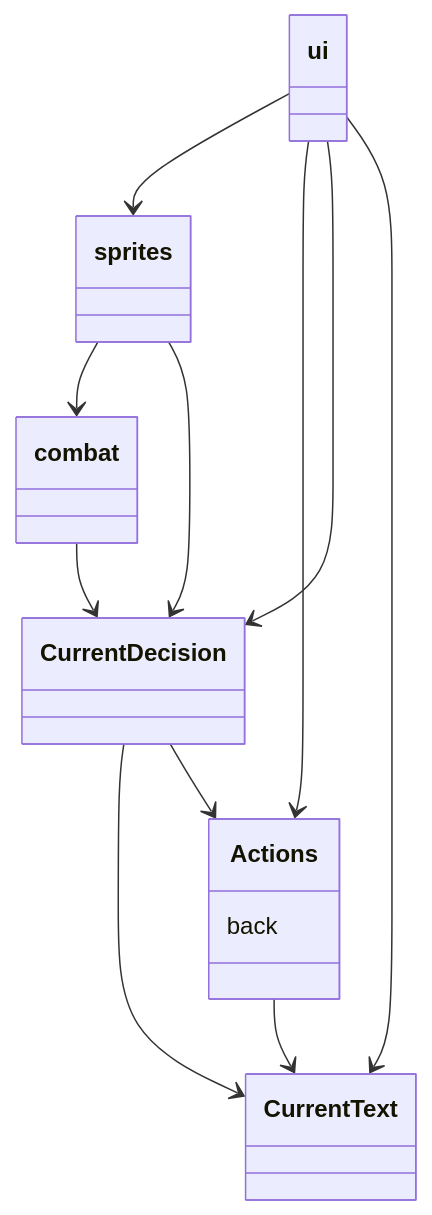
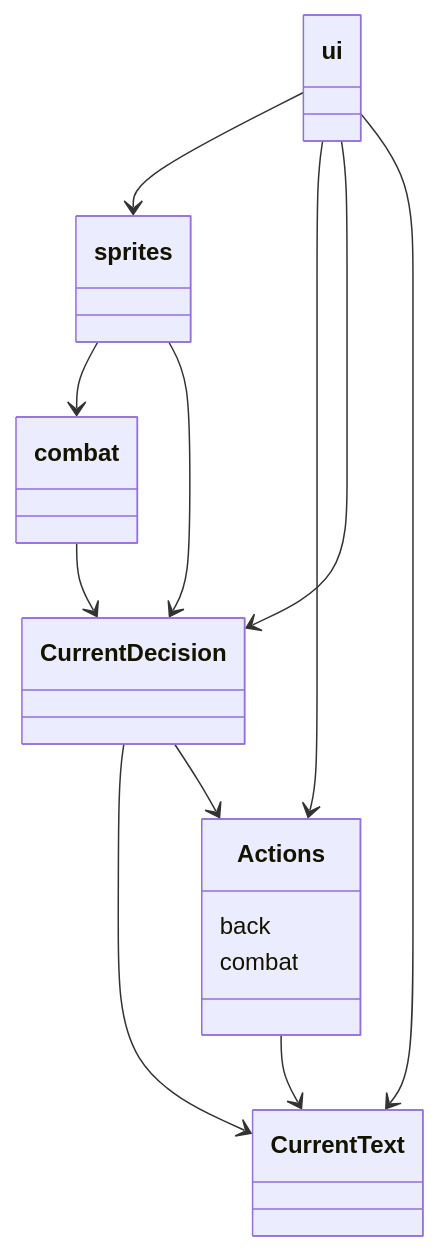
Before and after one commit to emlyy/ot-harjoitustyo: the diagram in dokumentaatio/arkkitehtuuri.md, drawn with Mermaid.

````diff
--- a/dokumentaatio/arkkitehtuuri.md
+++ b/dokumentaatio/arkkitehtuuri.md
@@ -1,16 +1,17 @@
 ```mermaid
  classDiagram
       ui --> sprites 
       ui --> Actions
       class Actions{
           back
+          combat
       }
       ui --> CurrentDecision
       CurrentDecision --> CurrentText
       ui --> CurrentText
       sprites --> combat
       sprites --> CurrentDecision
       CurrentDecision --> Actions
       Actions --> CurrentText
       combat --> CurrentDecision
 ```
````
